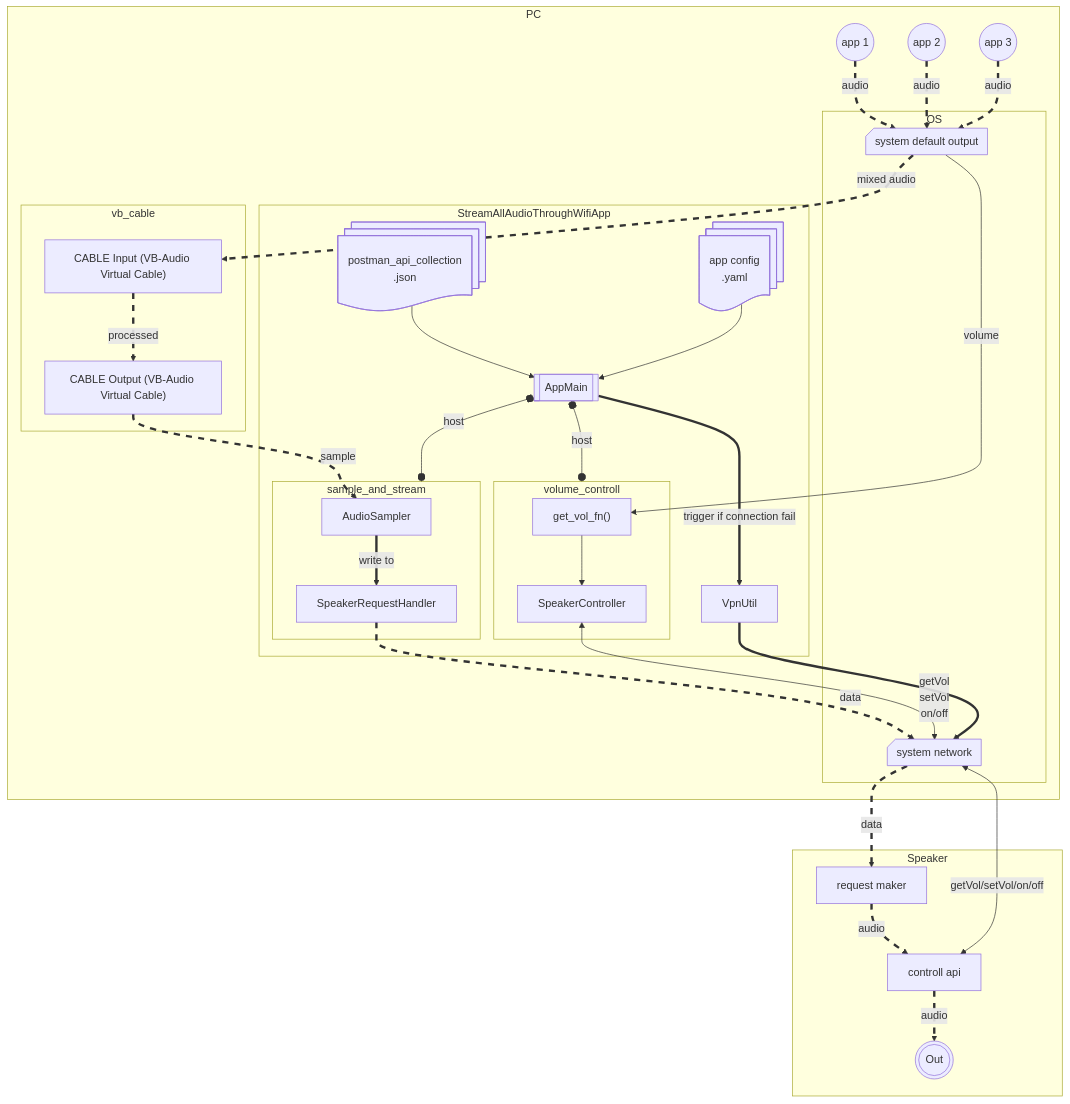
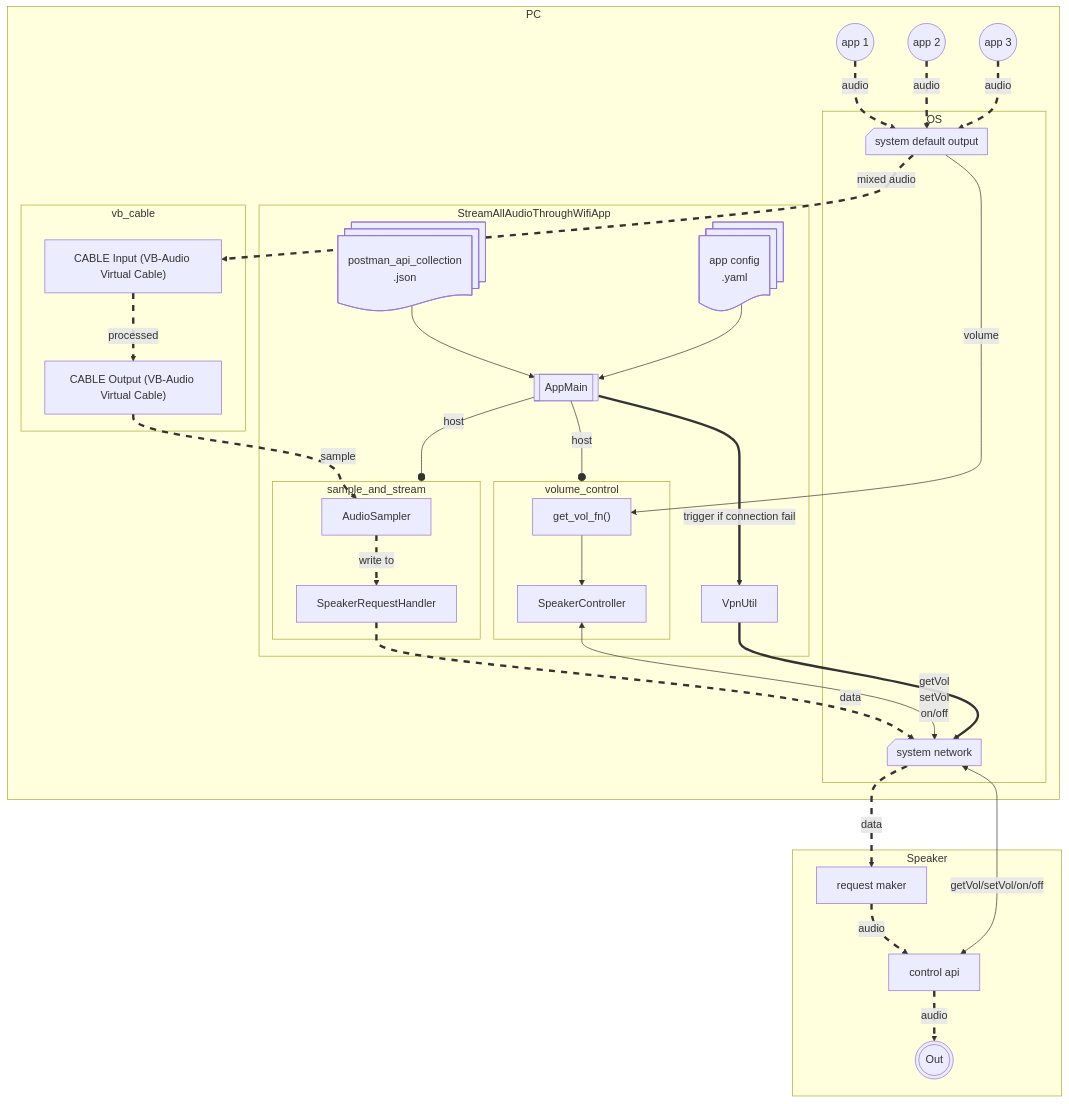
The diagram in README.md (LinChengHao3606307/StreamAllAudioThroughWifi), drawn with Mermaid before and after one commit. The commit also changed 1 other file, not shown here.

Commit message:
fix minor mistakes

````diff
--- a/README.md
+++ b/README.md
@@ -88,67 +88,67 @@
 ```mermaid
 
 flowchart TB
     subgraph PC
         app1@{ shape: circle, label: "app 1" }
         app2@{ shape: circle, label: "app 2" }
         app3@{ shape: circle, label: "app 3" }
         subgraph OS
             sys_default_op@{ shape: notch-rect, label: "system default output" }
             sys_network@{ shape: notch-rect, label: "system network" }
         end
         subgraph vb_cable
             vb_in["CABLE Input (VB-Audio Virtual Cable)"]
             vb_out["CABLE Output (VB-Audio Virtual Cable)"]
 
-            vb_in e2@=="processed"==> vb_out
+            vb_in e1@=="processed"==> vb_out
         end
         subgraph StreamAllAudioThroughWifiApp
             Main@{ shape: subproc, label: "AppMain" }
             subgraph sample_and_stream
                 AudioSampler["AudioSampler"]
                 SpeakerRequestHandler["SpeakerRequestHandler"]
 
                 AudioSampler e2@=="write to"==> SpeakerRequestHandler
             end
-            subgraph volume_controll
+            subgraph volume_control
                 get_vol_fn["get_vol_fn()"]
                 SpeakerController["SpeakerController"]
 
                 get_vol_fn --> SpeakerController
             end
             VpnUtil["VpnUtil"]
             p_api_collection@{ shape: docs, label: "postman_api_collection\n.json" }
             app_config@{ shape: docs, label: "app config\n.yaml" }
 
-            Main o--"host"--o sample_and_stream
-            Main o--"host"--o volume_controll
+            Main --"host"--o sample_and_stream
+            Main --"host"--o volume_control
             Main =="trigger if connection fail"==> VpnUtil
             p_api_collection --> Main
             app_config --> Main
         end
     end
     subgraph Speaker
         request_maker["request maker"]
-        controll_api["controll api"]
+        control_api["control api"]
         Out@{ shape: dbl-circ, label: "Out" }
 
-        request_maker e3@=="audio"==> controll_api
-        controll_api e4@=="audio"==> Out
+        request_maker e3@=="audio"==> control_api
+        control_api e4@=="audio"==> Out
     end
     
     app1 e5@=="audio"==> sys_default_op
     app2 e6@=="audio"==> sys_default_op
     app3 e7@=="audio"==> sys_default_op
     sys_default_op --volume--> get_vol_fn
     sys_default_op e8@=="mixed audio"==> vb_in
     vb_out e9@=="sample"==> AudioSampler
     SpeakerRequestHandler e10@=="data"==> sys_network
     sys_network e11@=="data"==> request_maker 
     SpeakerController <--"getVol\nsetVol\non/off"--> sys_network
-    sys_network <--"getVol/setVol/on/off"--> controll_api
+    sys_network <--"getVol/setVol/on/off"--> control_api
     VpnUtil ==> sys_network
 
     classDef animate stroke-dasharray: 9,5,stroke-dashoffset: 900,animation: dash 25s linear infinite;
     class e1,e2,e3,e4,e5,e6,e7,e8,e9,e10,e11 animate
 
 ```
````
